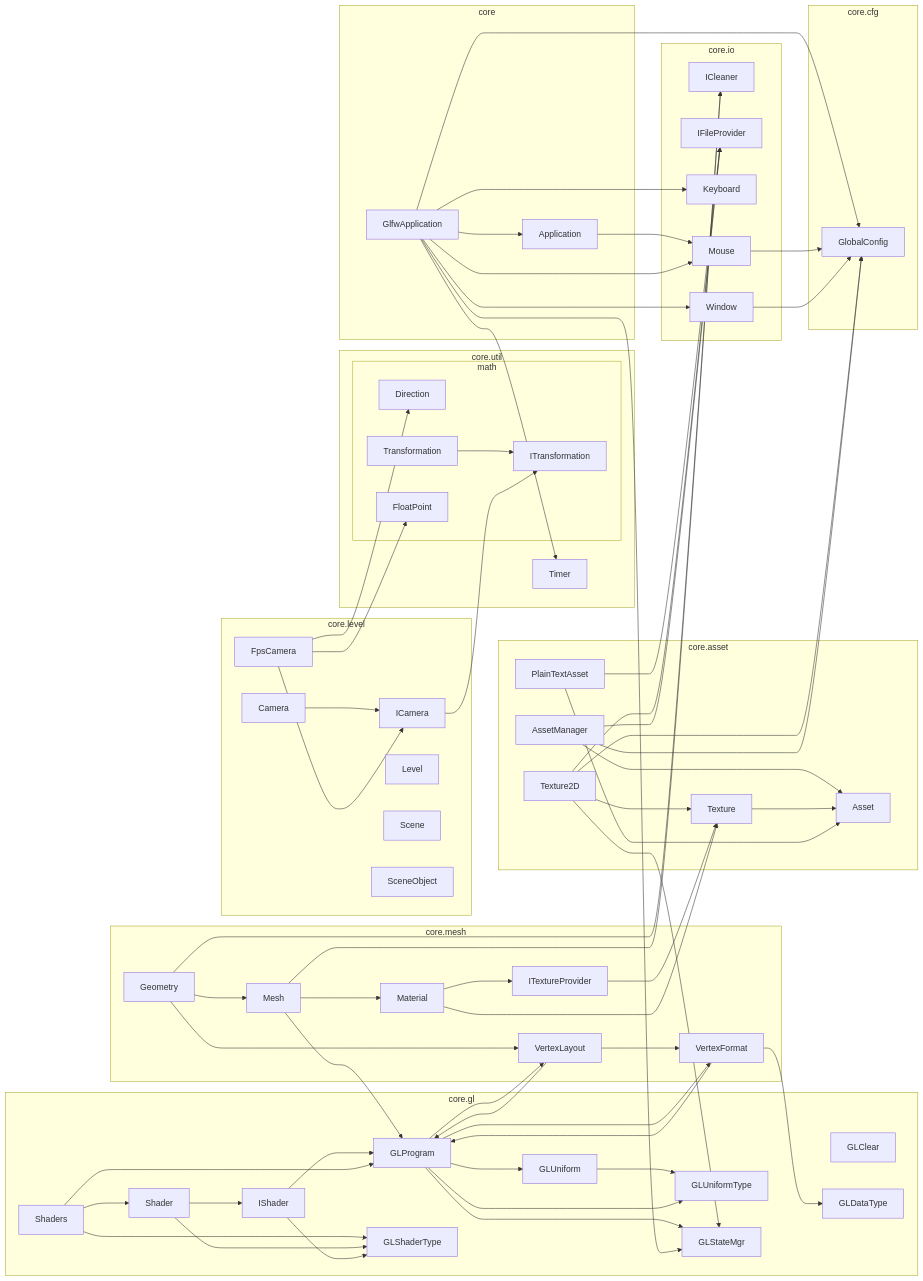
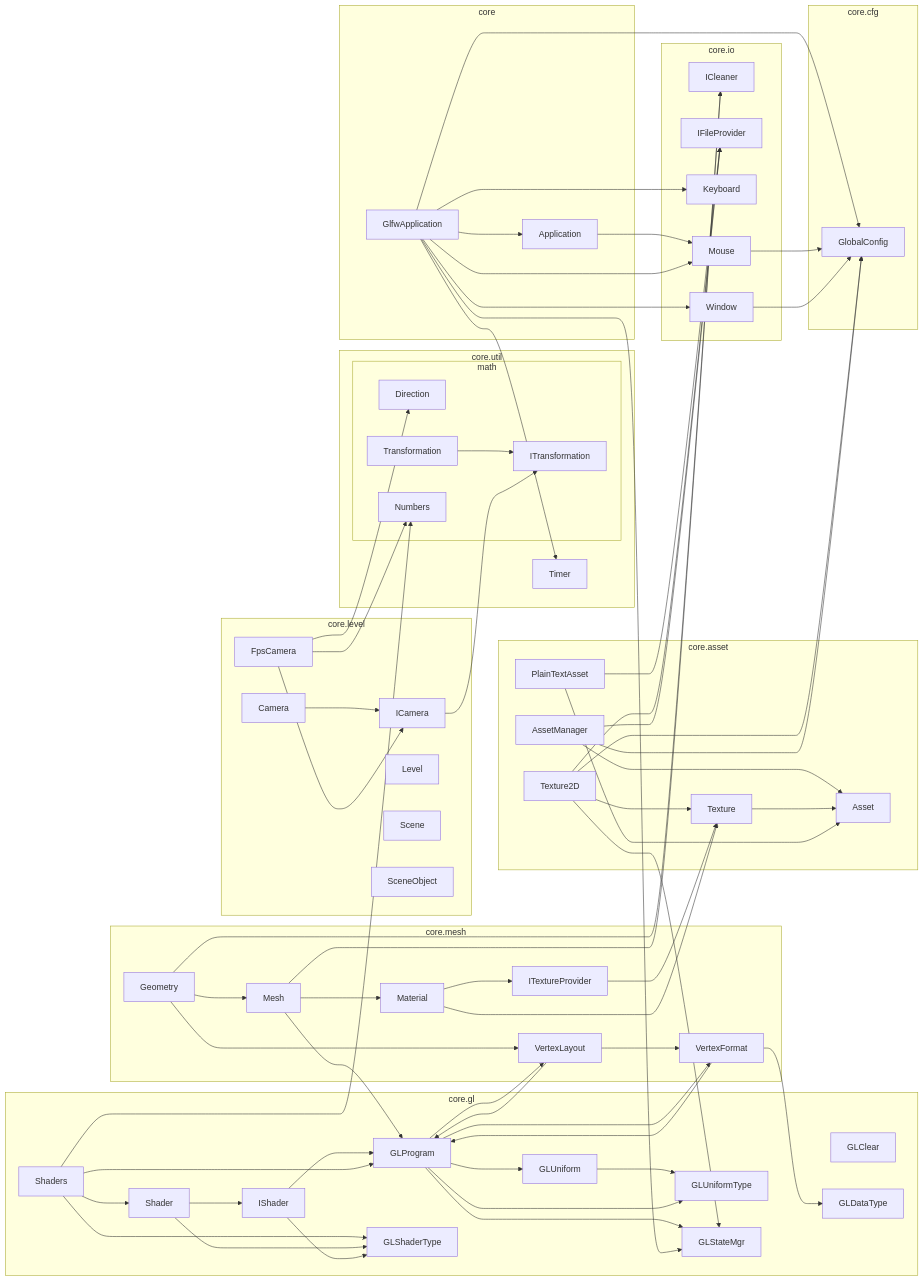
The diagram in README.md (Over-Run/swgl-core), drawn with Mermaid before and after one commit. The commit also changed 19 other files, not shown here.

````diff
--- a/README.md
+++ b/README.md
@@ -25,75 +25,76 @@
 ```mermaid
 graph LR
 subgraph core.asset
     AssetManager-->Asset
     Texture2D-->Texture-->Asset
     PlainTextAsset-->Asset
 end
 subgraph core.cfg
     GlobalConfig
 end
 subgraph core.gl
     GLClear
     GLDataType
     Shaders-->Shader-->IShader-->GLProgram-->GLUniform-->GLUniformType
     Shaders-->GLProgram-->GLUniformType
     Shaders-->GLShaderType
     Shader-->GLShaderType
     IShader-->GLShaderType
     GLProgram-->GLStateMgr
 end
 subgraph core.io
     ICleaner
     IFileProvider
     Keyboard
     Mouse
     Window
 end
 subgraph core.level
     Camera-->ICamera
     FpsCamera-->ICamera
     Level
     Scene
     SceneObject
 end
 subgraph core.util
     Timer
     subgraph math
         Direction
         Transformation-->ITransformation
-        FloatPoint
+        Numbers
     end
 end
 subgraph core.mesh
     Geometry-->Mesh-->GLProgram
     Geometry-->VertexLayout-->VertexFormat-->GLDataType
     Geometry-->ICleaner
     Mesh-->ICleaner
     Mesh-->Material-->ITextureProvider
 end
 subgraph core
     ga[GlfwApplication]-->Application
-    ga-->GLStateMgr
-    ga-->GlobalConfig
-    ga-->Keyboard
-    ga-->Window
 end
 VertexFormat-->GLProgram-->VertexLayout-->GLProgram
 GLProgram-->VertexFormat
 PlainTextAsset-->IFileProvider
 Texture2D-->GlobalConfig
 Texture2D-->GLStateMgr
 Texture2D-->IFileProvider
 ITextureProvider-->Texture
 Material-->Texture
 Application-->Mouse
 ga-->Mouse
 ga-->Timer
+ga-->GLStateMgr
+ga-->GlobalConfig
+ga-->Keyboard
+ga-->Window
 ICamera-->ITransformation
 FpsCamera-->Direction
-FpsCamera-->FloatPoint
+FpsCamera-->Numbers
 AssetManager-->IFileProvider
 AssetManager-->GlobalConfig
 Mouse-->GlobalConfig
 Window-->GlobalConfig
+Shaders-->Numbers
 ```
````
